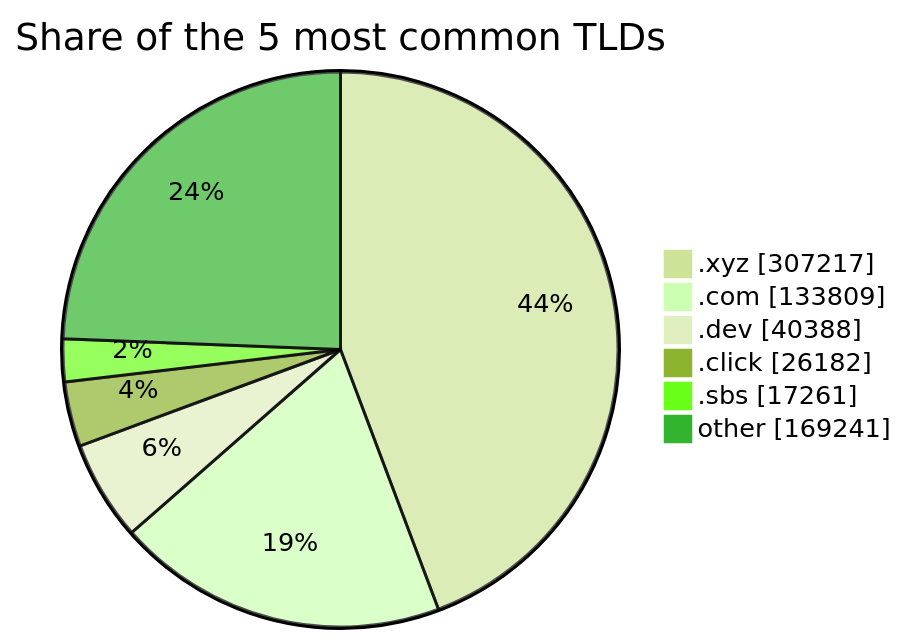
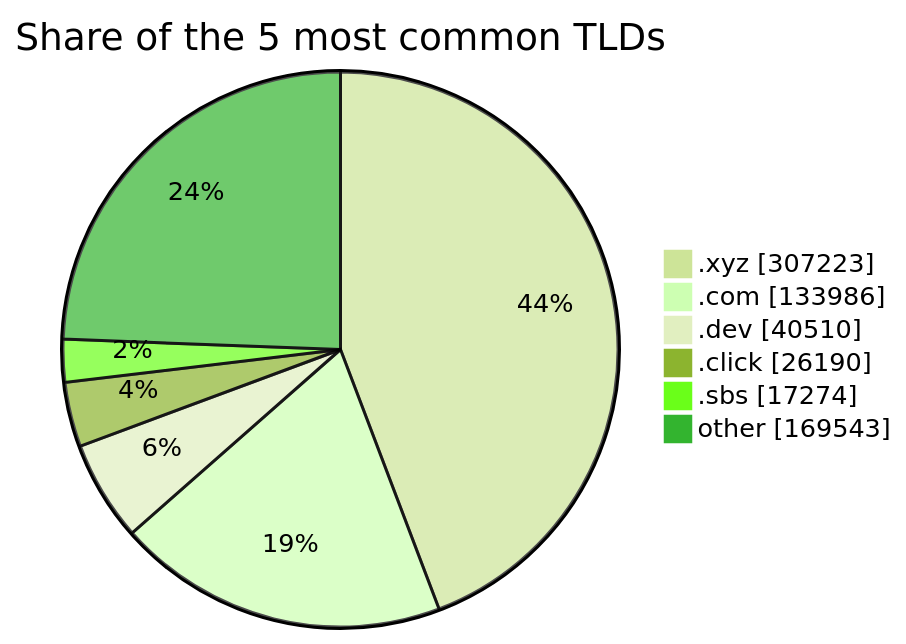
The third of 3 diagrams in README.md (DNSBunker/CTI), drawn with Mermaid (forest theme) before and after one commit. The commit also changed other lines of this file and 3 other files, not shown here.

````diff
--- a/README.md
+++ b/README.md
@@ -81,9 +81,9 @@
 ```mermaid
 pie showData title Share of the 5 most common TLDs
-    ".xyz" : 307217
-    ".com" : 133809
-    ".dev" : 40388
-    ".click" : 26182
-    ".sbs" : 17261
-    "other" : 169241
+    ".xyz" : 307223
+    ".com" : 133986
+    ".dev" : 40510
+    ".click" : 26190
+    ".sbs" : 17274
+    "other" : 169543
 ```
````
